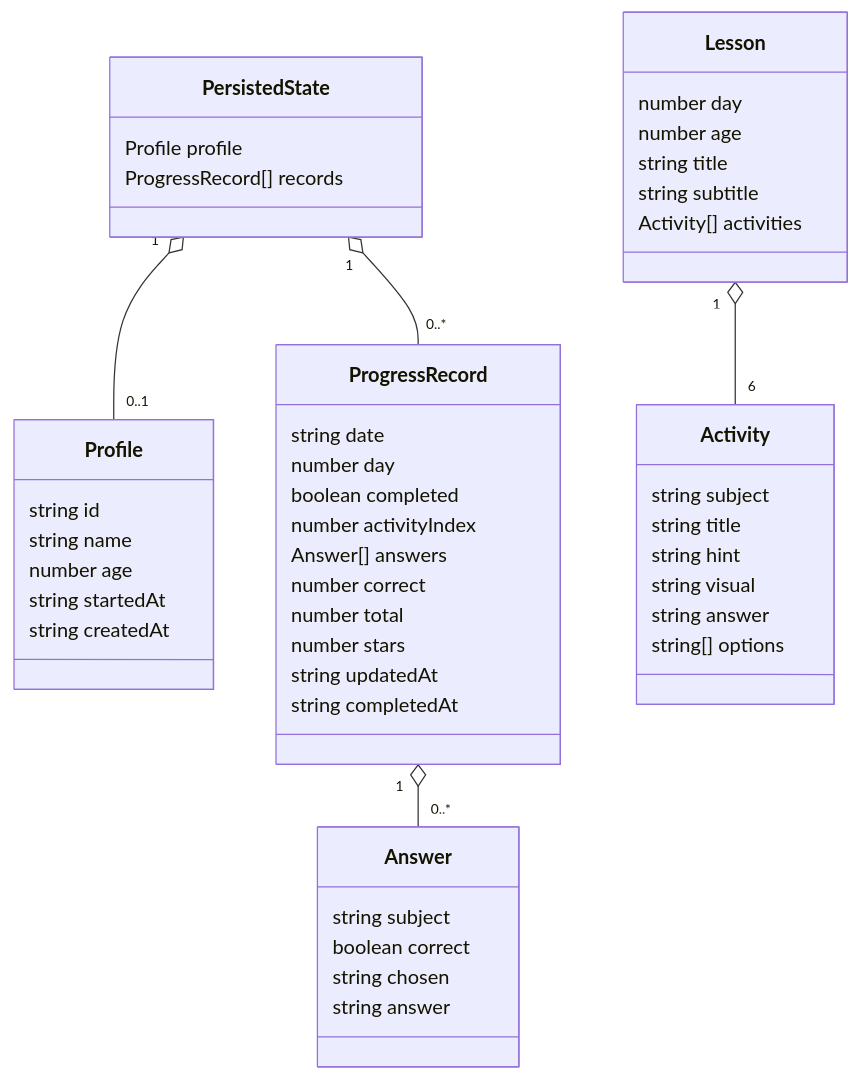
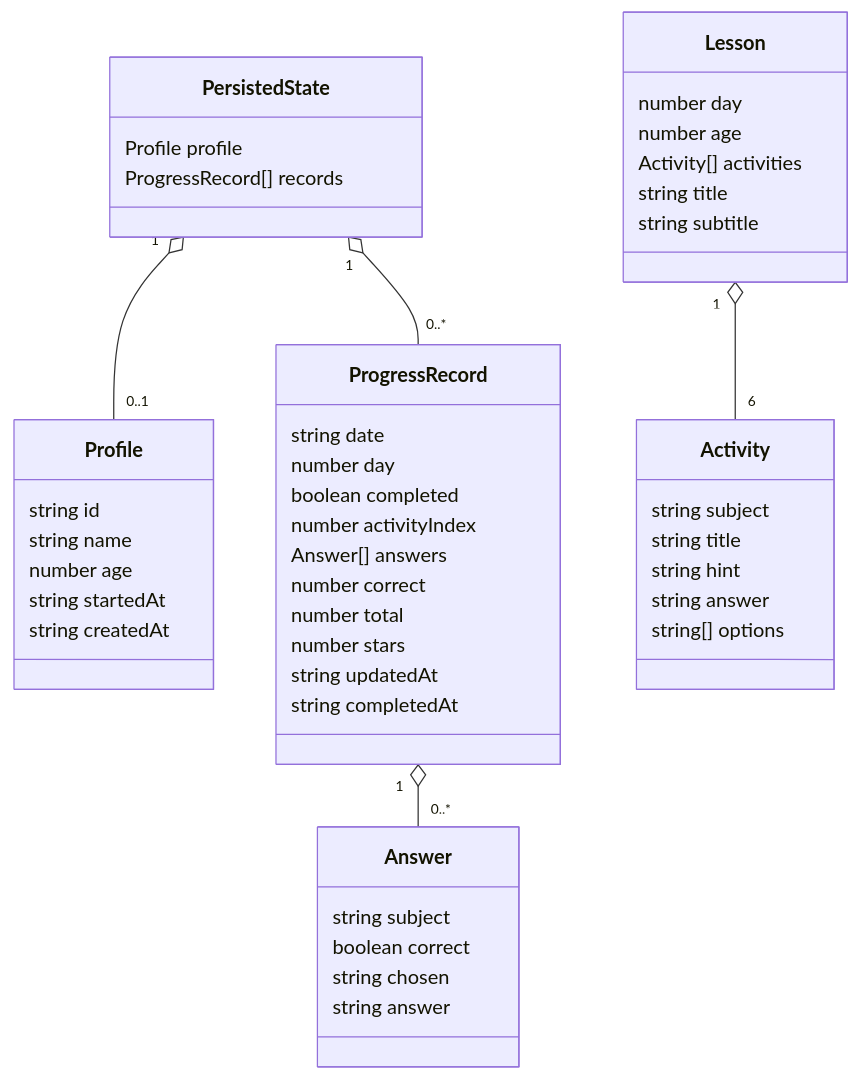
The second of 2 diagrams in docs/codinghub/architecture.md (guccang/yuanbao), drawn with Mermaid before and after one commit. The commit also changed other lines of this file and 3 other files, not shown here.

Commit message:
codinghub(run_ce46aa55-a059-4023-a26f-5c6cb23986c4): 已仅更新 docs/codinghub/overview.md、architecture.md、flows.md、development.md：基于当前仓库真实的源码与配置补全项目概览、模块边界与数据结构、运行链路和开发维护说明，文档均为无 BOM 的 UTF-8，并包含标准 Mermaid 图及相互链接；已修正无法由仓库证实的旧引用。语法检查未执行，因为当前环境未安装 node。

````diff
--- a/docs/codinghub/architecture.md
+++ b/docs/codinghub/architecture.md
@@ -52,51 +53,50 @@
 ```mermaid
 classDiagram
     class PersistedState {
         Profile profile
         ProgressRecord[] records
     }
     class Profile {
         string id
         string name
         number age
         string startedAt
         string createdAt
     }
     class ProgressRecord {
         string date
         number day
         boolean completed
         number activityIndex
         Answer[] answers
         number correct
         number total
         number stars
         string updatedAt
         string completedAt
     }
     class Answer {
         string subject
         boolean correct
         string chosen
         string answer
     }
     class Lesson {
         number day
         number age
+        Activity[] activities
         string title
         string subtitle
-        Activity[] activities
     }
     class Activity {
         string subject
         string title
         string hint
-        string visual
         string answer
         string[] options
     }
     PersistedState "1" o-- "0..1" Profile
     PersistedState "1" o-- "0..*" ProgressRecord
     ProgressRecord "1" o-- "0..*" Answer
     Lesson "1" o-- "6" Activity
 ```
````
